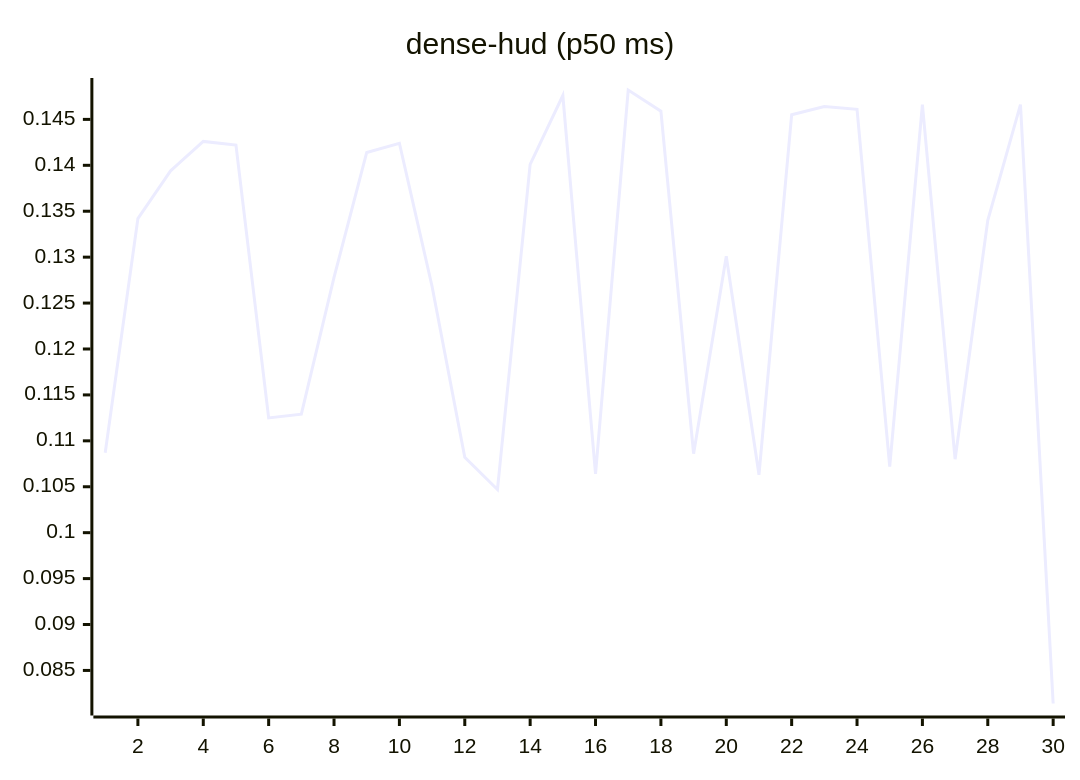
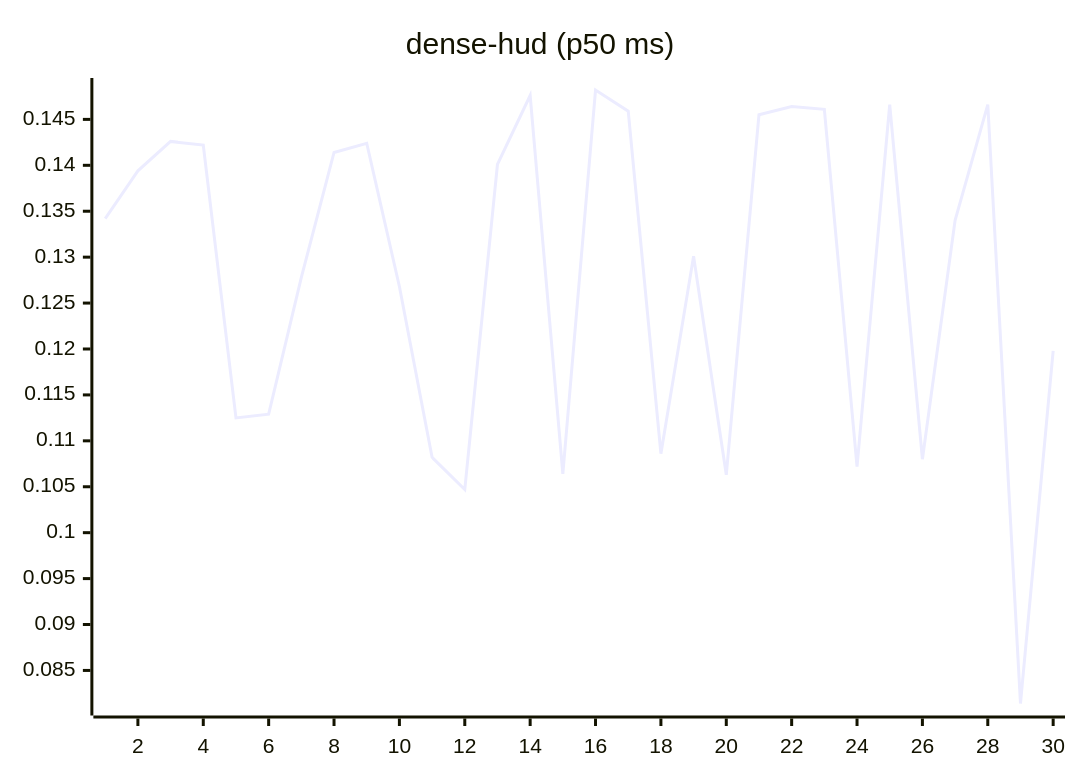
The eighth of 27 diagrams in README.md (josha/Facet), drawn with Mermaid before and after one commit. The commit also changed other lines of this file and 2 other files, not shown here.

````diff
--- a/README.md
+++ b/README.md
@@ -112,6 +112,6 @@
 ```mermaid
 xychart-beta
     title "dense-hud (p50 ms)"
     x-axis 1 --> 30
-    line [0.1087, 0.1342, 0.1394, 0.1426, 0.1422, 0.1125, 0.1129, 0.1278, 0.1414, 0.1424, 0.1268, 0.1082, 0.1047, 0.1401, 0.1476, 0.1064, 0.1482, 0.1459, 0.1086, 0.1301, 0.1063, 0.1455, 0.1464, 0.1461, 0.1072, 0.1466, 0.1080, 0.1340, 0.1466, 0.0814]
+    line [0.1342, 0.1394, 0.1426, 0.1422, 0.1125, 0.1129, 0.1278, 0.1414, 0.1424, 0.1268, 0.1082, 0.1047, 0.1401, 0.1476, 0.1064, 0.1482, 0.1459, 0.1086, 0.1301, 0.1063, 0.1455, 0.1464, 0.1461, 0.1072, 0.1466, 0.1080, 0.1340, 0.1466, 0.0814, 0.1198]
 ```
````
